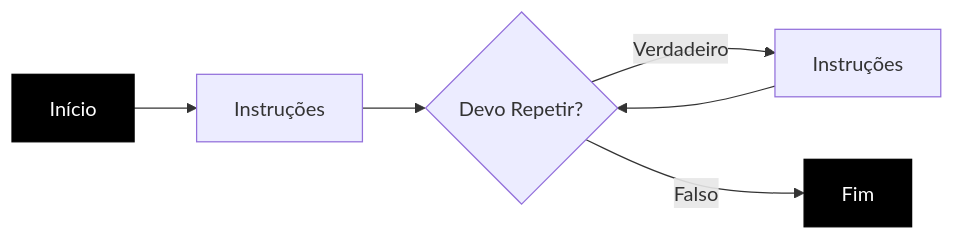
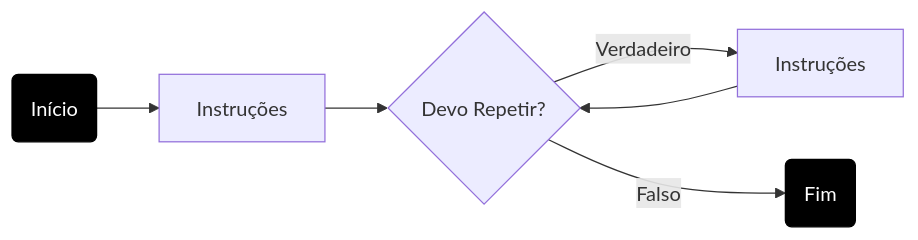
One commit to yuriMartinst/linguagem-java changed the sixth of 7 diagrams in 08.md. Above: the diagram before and after it, drawn with Mermaid. The commit also changed other lines of this file, not shown here.

````diff
--- a/08.md
+++ b/08.md
@@ -127,11 +142,11 @@
 ```mermaid
 flowchart LR
-    inicio[Início] --> A
+    inicio(Início) --> A
     A[Instruções] --> C{Devo Repetir?}
     C --> |Verdadeiro| D[Instruções]
     D --> C
-    C -->|Falso| fim[Fim]
+    C -->|Falso| fim(Fim)
 
 style inicio fill:#000,stroke:#000,color:#fff
 style fim fill:#000,stroke:#000,color:#fff
 ```
````
